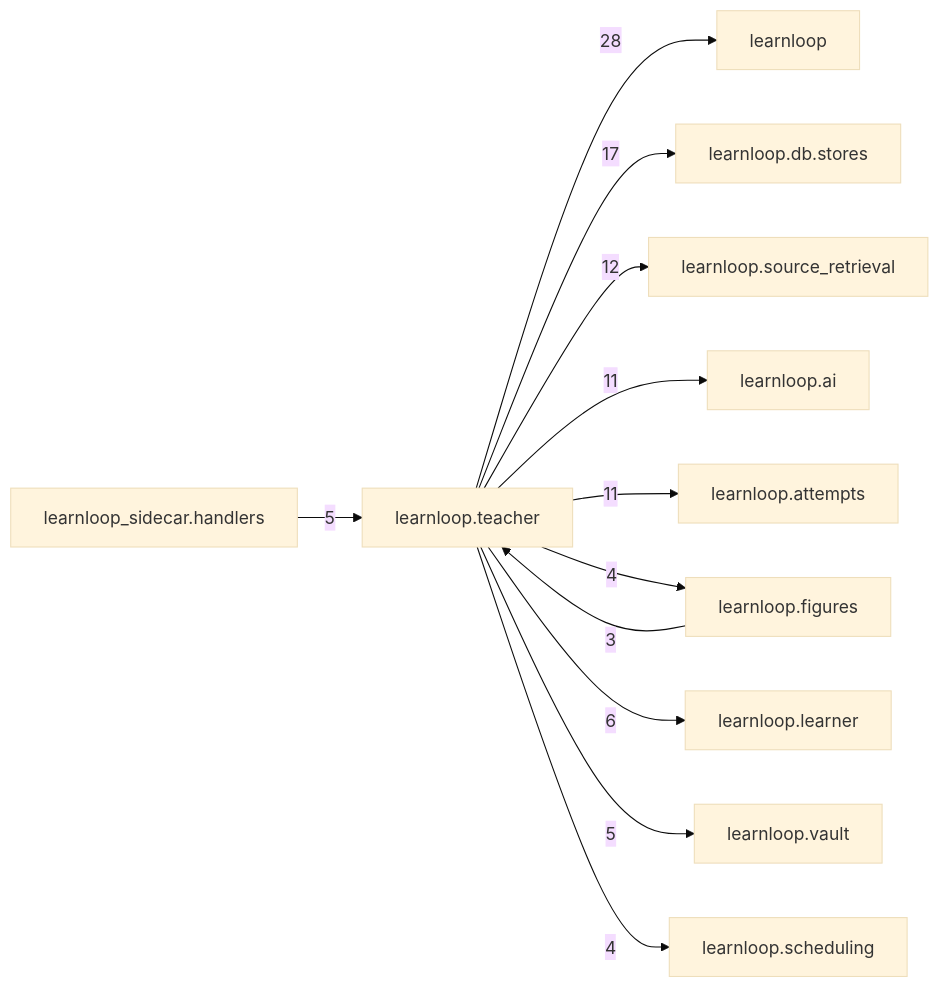
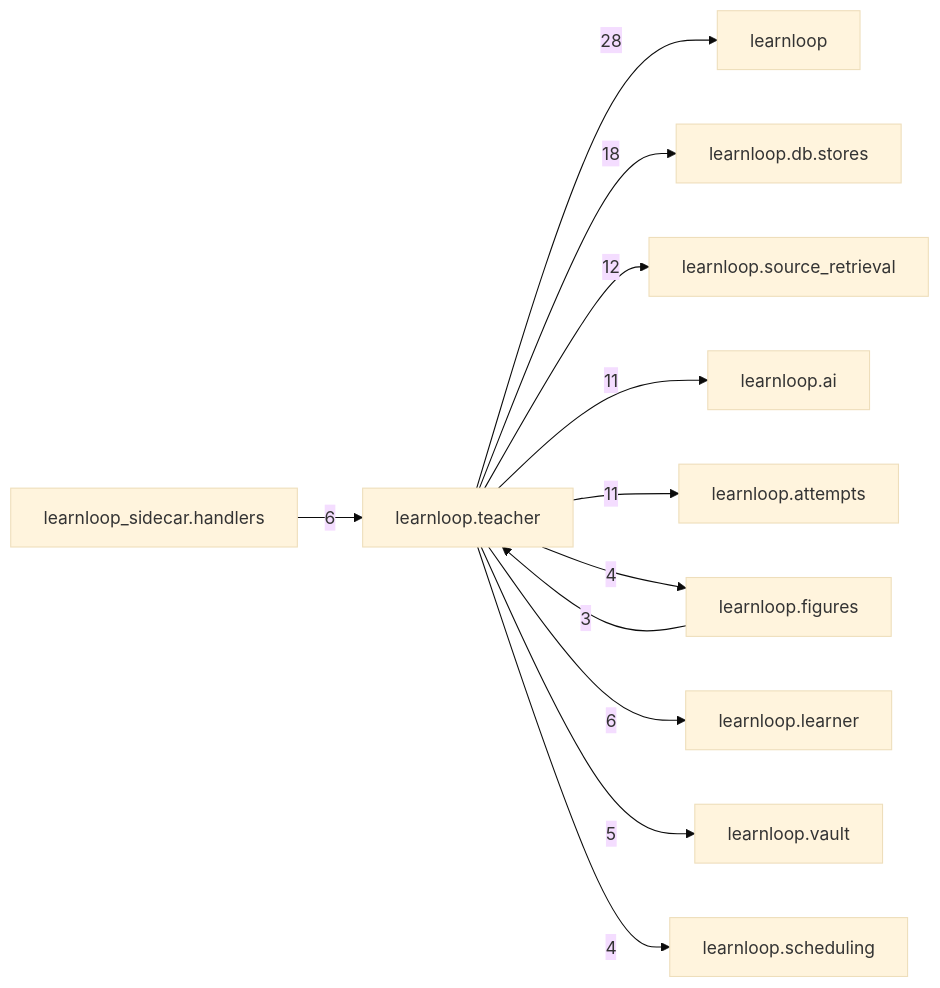
The diagram in docs/learnloop-architecture-vault/Reference/Modules/learnloop/teacher/_package.md (6up-b/learnanything), drawn with Mermaid (base theme) before and after one commit. The commit also changed other lines of this file and 147 other files, not shown here.

````diff
--- a/docs/learnloop-architecture-vault/Reference/Modules/learnloop/teacher/_package.md
+++ b/docs/learnloop-architecture-vault/Reference/Modules/learnloop/teacher/_package.md
@@ -126,25 +128,25 @@
 ```mermaid
 flowchart LR
     center["learnloop.teacher"]
     n_learnloop["learnloop"]
     n_learnloop_db_stores["learnloop.db.stores"]
     n_learnloop_source_retrieval["learnloop.source_retrieval"]
     n_learnloop_ai["learnloop.ai"]
     n_learnloop_attempts["learnloop.attempts"]
     n_learnloop_figures["learnloop.figures"]
     n_learnloop_learner["learnloop.learner"]
+    n_learnloop_sidecar_handlers["learnloop_sidecar.handlers"]
     n_learnloop_vault["learnloop.vault"]
-    n_learnloop_sidecar_handlers["learnloop_sidecar.handlers"]
     n_learnloop_scheduling["learnloop.scheduling"]
     center -->|28| n_learnloop
-    center -->|17| n_learnloop_db_stores
+    center -->|18| n_learnloop_db_stores
     center -->|12| n_learnloop_source_retrieval
     center -->|11| n_learnloop_ai
     center -->|11| n_learnloop_attempts
     n_learnloop_figures -->|3| center
     center -->|4| n_learnloop_figures
     center -->|6| n_learnloop_learner
+    n_learnloop_sidecar_handlers -->|6| center
     center -->|5| n_learnloop_vault
-    n_learnloop_sidecar_handlers -->|5| center
     center -->|4| n_learnloop_scheduling
 ```
````
